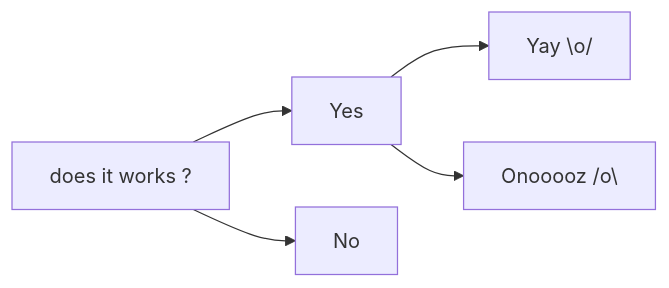
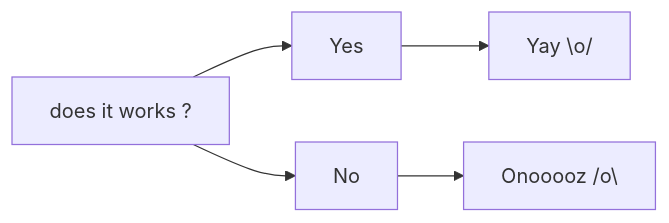
The diagram in README.md (ker2x/DearDiary), drawn with Mermaid before and after one commit.

`````diff
--- a/README.md
+++ b/README.md
@@ -40,7 +40,7 @@
 ````mermaid
 graph LR;
   A[does it works ?] --> B[Yes]
   A --> C[No]
   B --> D[Yay \o/ ]
-  B --> E[Onooooz /o\ ]
+  C --> E[Onooooz /o\ ]
 ````
`````
